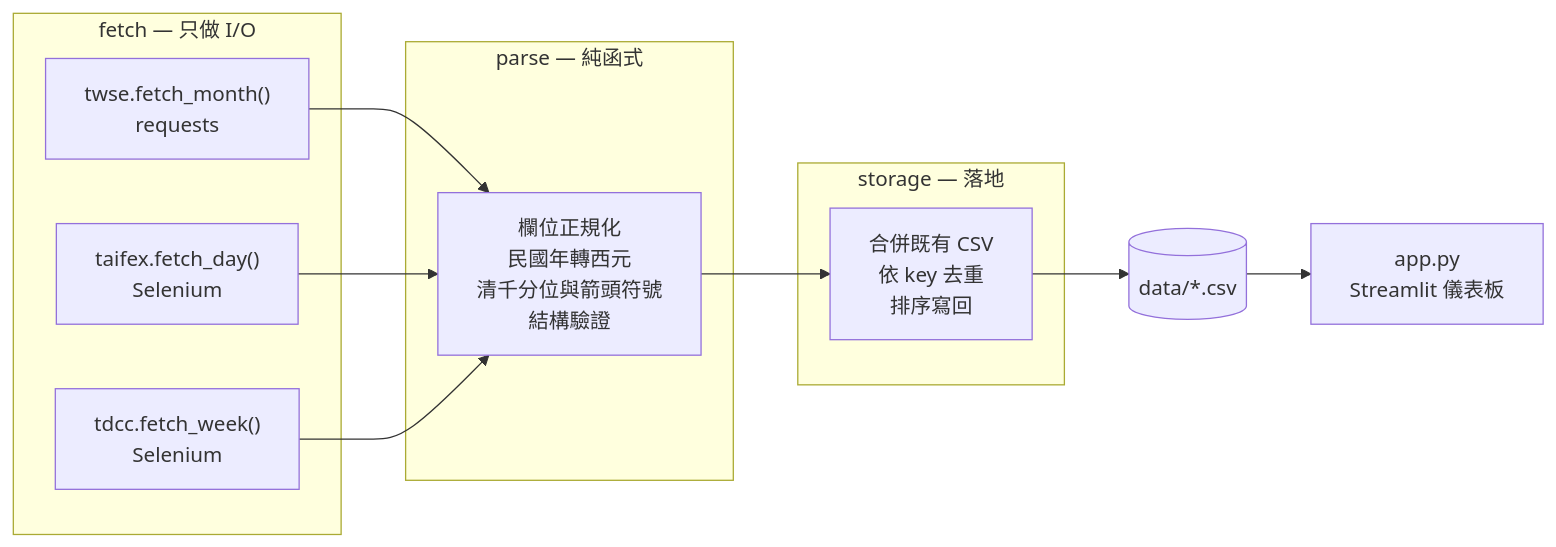
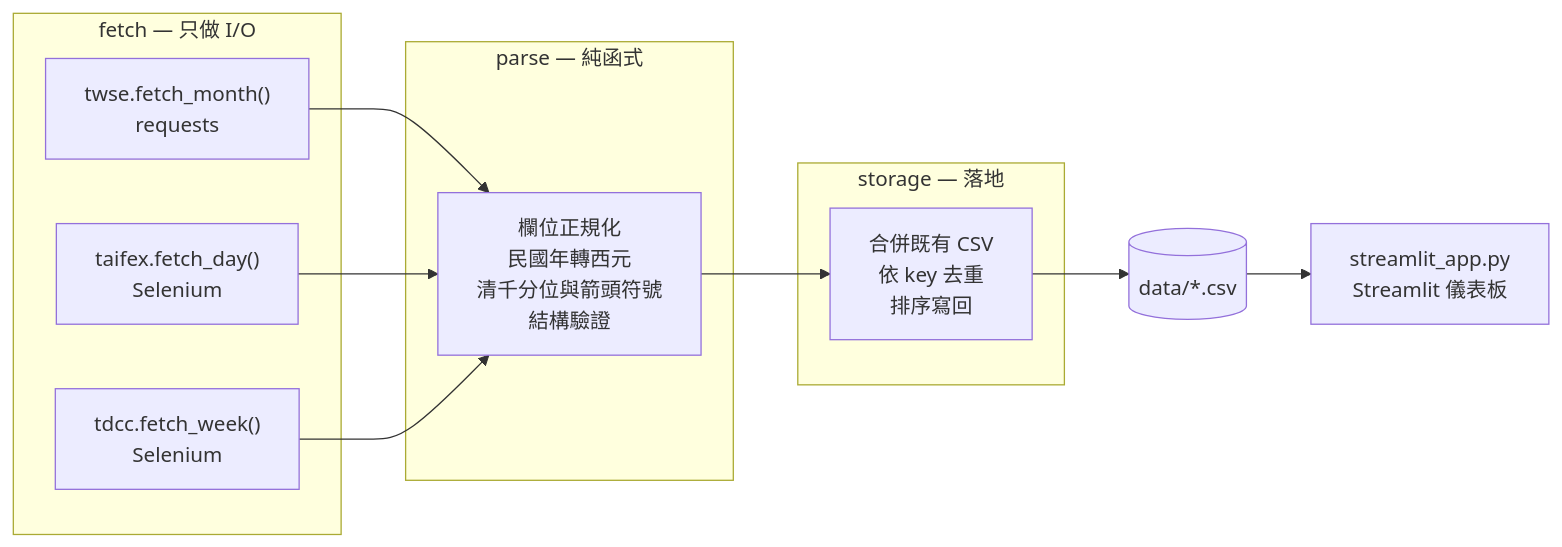
The diagram in README.md (terencechou1022/Stock_ETL_Pipeline), drawn with Mermaid before and after one commit. The commit also changed other lines of this file and 6 other files, not shown here.

First line of the commit message:
app.py 改名 streamlit_app.py，新增三來源資料探索 notebook

````diff
--- a/README.md
+++ b/README.md
@@ -63,20 +62,20 @@
 ```mermaid
 flowchart LR
     subgraph fetch["fetch — 只做 I/O"]
         A1["twse.fetch_month()<br/>requests"]
         A2["taifex.fetch_day()<br/>Selenium"]
         A3["tdcc.fetch_week()<br/>Selenium"]
     end
     subgraph parse["parse — 純函式"]
         B["欄位正規化<br/>民國年轉西元<br/>清千分位與箭頭符號<br/>結構驗證"]
     end
     subgraph storage["storage — 落地"]
         C["合併既有 CSV<br/>依 key 去重<br/>排序寫回"]
     end
     A1 --> B
     A2 --> B
     A3 --> B
     B --> C
     C --> D[("data/*.csv")]
-    D --> E["app.py<br/>Streamlit 儀表板"]
+    D --> E["streamlit_app.py<br/>Streamlit 儀表板"]
 ```
````
